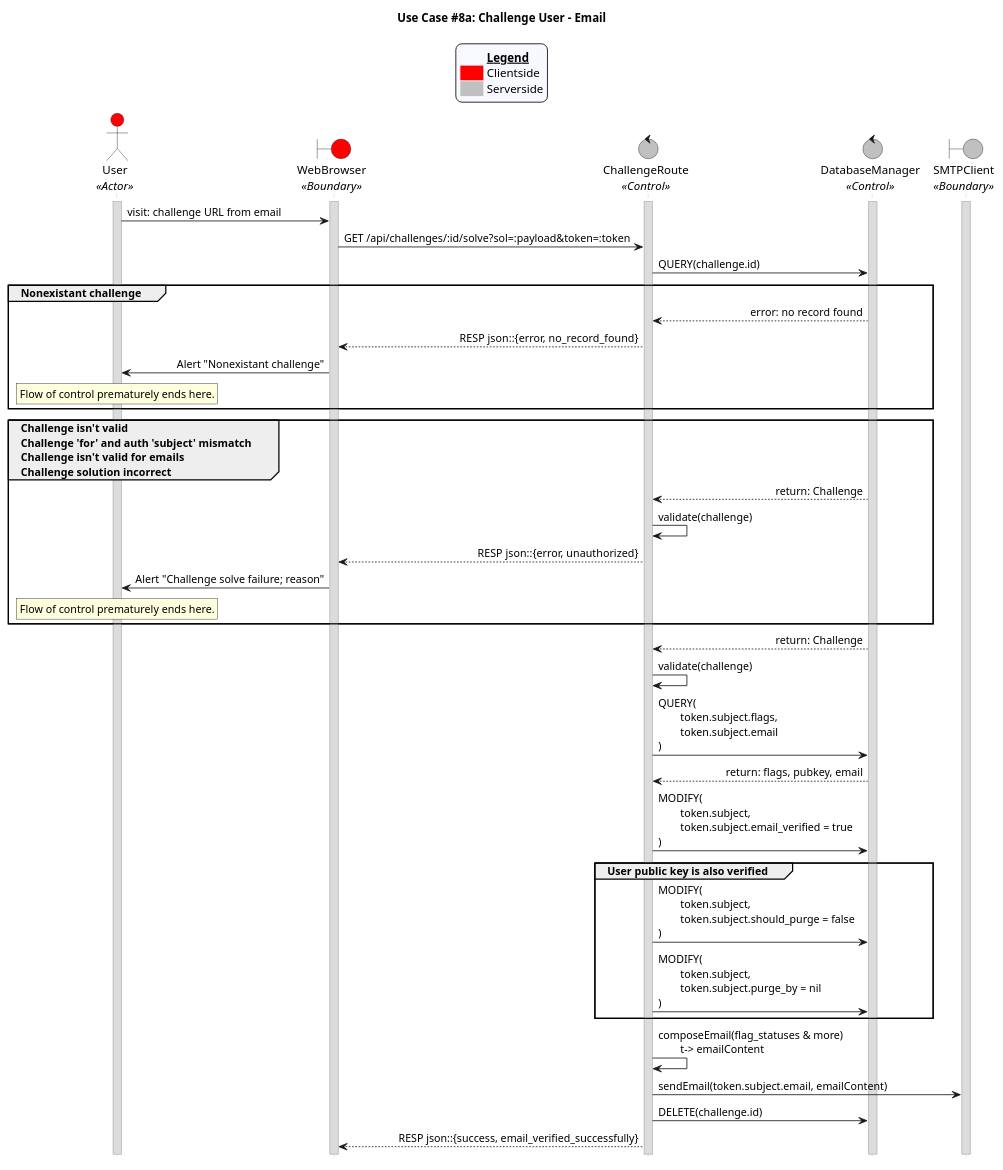
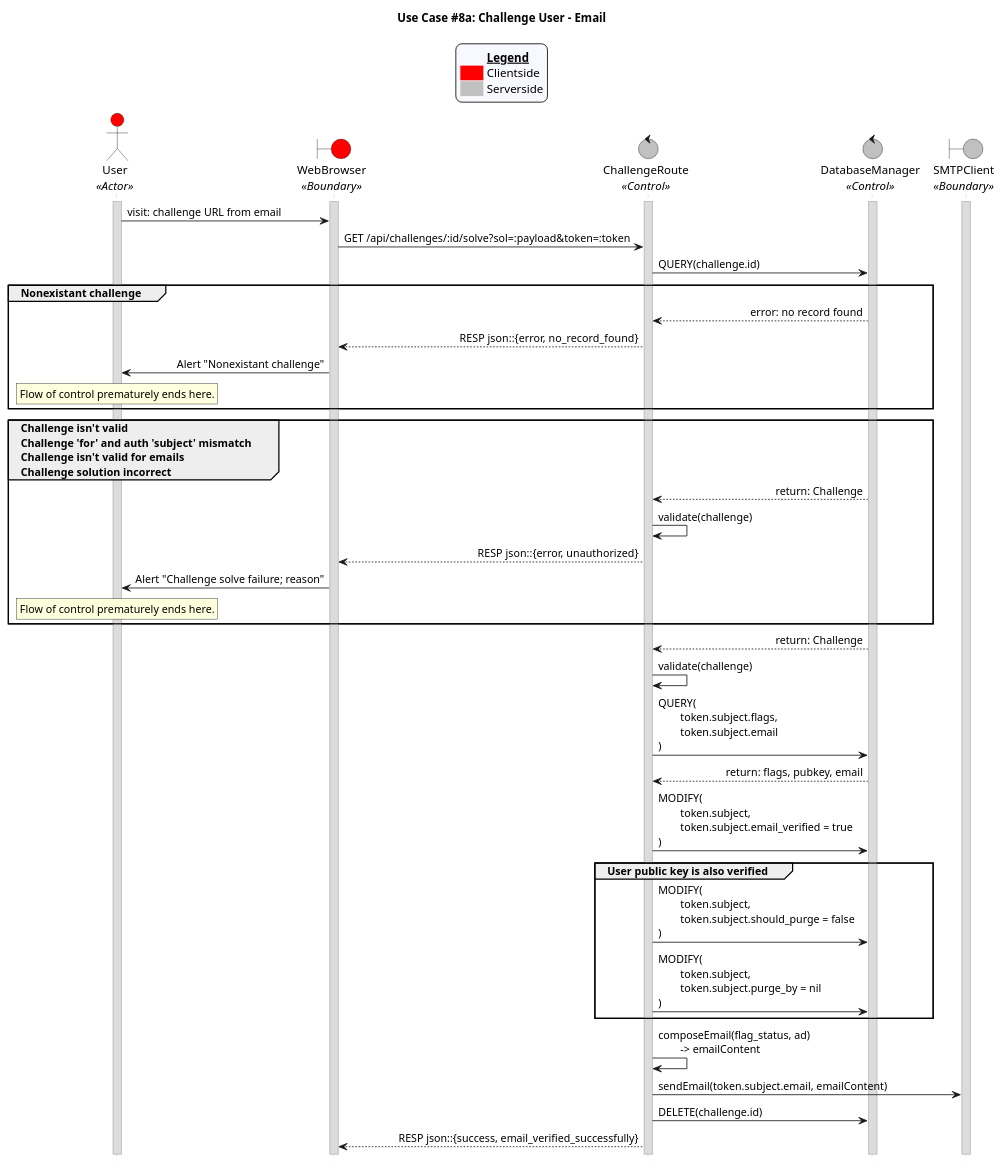
Before and after one commit to CECS-491-SP24-Group-1/seq-diagrams: the diagram in uc_08_email.puml, drawn with PlantUML. The commit also changed 2 other files, not shown here.

```diff
--- a/uc_08_email.puml
+++ b/uc_08_email.puml
@@ -1,94 +1,94 @@
 @startuml uc08a_email
 title "Use Case #8a: Challenge User - Email"
 
 'Styling goes here
 hide footbox
 skinparam stereotypePosition bottom
 skinparam sequenceMessageAlign direction
 skinparam sequence {
 	LifeLineBorderColor #Silver
 	LifeLineBackgroundColor #Gainsboro
 }
 
 'Add a legend plus styling
 skinparam legend {
 	backgroundColor #GhostWhite
 	entrySeparator #GhostWhite
 }
 
 legend top
 	<#GhostWhite,#GhostWhite>|	|= __Legend__ |
 	|<#red> | Clientside|
 	|<#silver> | Serverside|
 endlegend
 
 'Setup the objects involved here
 actor User as u <<Actor>> #red
 boundary WebBrowser as wb <<Boundary>> #red
 control ChallengeRoute as cr <<Control>> #silver
 control DatabaseManager as db <<Control>> #silver
 boundary SMTPClient as sc <<Boundary>> #silver
 
 'Setup persistent objects here
 activate u
 activate wb
 activate cr
 activate db
 activate sc
 
 '--- FLOW OF CONTROL STARTS HERE ---
 'User gets an email with their challenge code and visits the link in their browser.
 u -> wb: visit: challenge URL from email
 wb -> cr: GET /api/challenges/:id/solve?sol=:payload&token=:token
 
 'Server checks if the challenge is valid
 cr -> db: QUERY(challenge.id)
 
 'Case 1: The challenge doesn't exist
 group Nonexistant challenge
 	db --> cr: error: no record found
 	cr --> wb: RESP json::{error, no_record_found}
 	wb -> u: Alert "Nonexistant challenge"
 	rnote over u
 	Flow of control prematurely ends here.
 	endrnote
 end
 
 'Case 2: The challenge is invalid, not for this user, not email challenge, or the solution is incorrect.
 group Challenge isn't valid \nChallenge 'for' and auth 'subject' mismatch \nChallenge isn't valid for emails \nChallenge solution incorrect
 	db --> cr: return: Challenge
 	cr -> cr: validate(challenge)
 	cr --> wb: RESP json::{error, unauthorized}
 	wb -> u: Alert "Challenge solve failure; reason"
 	rnote over u
 	Flow of control prematurely ends here.
 	endrnote
 end
 
 'Default case: challenge exists and is valid
 db --> cr: return: Challenge
 cr -> cr: validate(challenge)
 
 'Query the database for the user flags.
 cr -> db: QUERY(\n\ttoken.subject.flags, \n\ttoken.subject.email\n)
 db --> cr: return: flags, pubkey, email
 
 'Mark the user's email as verified
 cr -> db: MODIFY(\n\ttoken.subject, \n\ttoken.subject.email_verified = true\n)
 
 'Also unmark the user's account for deletion if the public key is verified.
 group User public key is also verified
 	cr -> db: MODIFY(\n\ttoken.subject, \n\ttoken.subject.should_purge = false\n)
 	cr -> db: MODIFY(\n\ttoken.subject, \n\ttoken.subject.purge_by = nil\n)
 end
 
 'Email the user to inform of successful challenge completion and next steps.
-cr -> cr: composeEmail(flag_statuses & more) \n\tt-> emailContent
+cr -> cr: composeEmail(flag_status, ad) \n\t-> emailContent
 cr -> sc: sendEmail(token.subject.email, emailContent)
 
 'Cleanup and return the feedback to the user
 cr -> db: DELETE(challenge.id)
 cr --> wb: RESP json::{success, email_verified_successfully}
 '--- FLOW OF CONTROL ENDS HERE   ---
 
 @enduml
```
